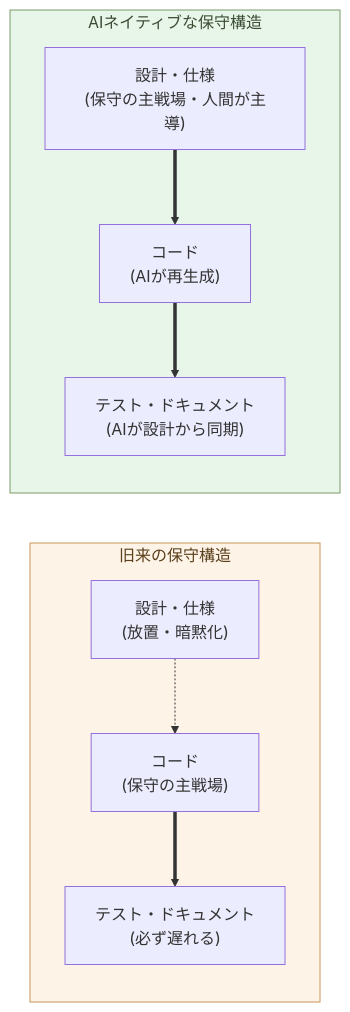
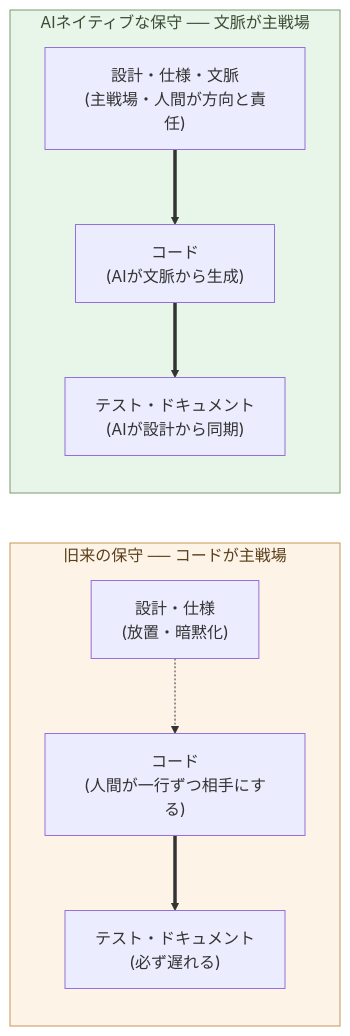
Before and after one commit to aiseed-dev/website: the diagram in articles/ai-native-ways/software/02-maintenance-shift/ja.md, drawn with Mermaid. The commit also changed other lines of this file and 2 other files, not shown here.

````diff
--- a/articles/ai-native-ways/software/02-maintenance-shift/ja.md
+++ b/articles/ai-native-ways/software/02-maintenance-shift/ja.md
@@ -72,23 +82,23 @@
 ```mermaid
 flowchart LR
-  subgraph Old["旧来の保守構造"]
+  subgraph Old["旧来の保守 ── コードが主戦場"]
     direction TB
     OD["設計・仕様<br/>(放置・暗黙化)"]
-    OC["コード<br/>(保守の主戦場)"]
+    OC["コード<br/>(人間が一行ずつ相手にする)"]
     OT["テスト・ドキュメント<br/>(必ず遅れる)"]
     OD -.-> OC ==> OT
   end
 
-  subgraph New["AIネイティブな保守構造"]
+  subgraph New["AIネイティブな保守 ── 文脈が主戦場"]
     direction TB
-    ND["設計・仕様<br/>(保守の主戦場・人間が主導)"]
-    NC["コード<br/>(AIが再生成)"]
+    ND["設計・仕様・文脈<br/>(主戦場・人間が方向と責任)"]
+    NC["コード<br/>(AIが文脈から生成)"]
     NT["テスト・ドキュメント<br/>(AIが設計から同期)"]
     ND ==> NC ==> NT
   end
 
   classDef good fill:#e8f5e9,stroke:#7a9a6d,color:#3a4d34
   classDef bad fill:#fef3e7,stroke:#c89559,color:#5a3f1a
   class New good
   class Old bad
 ```
````
